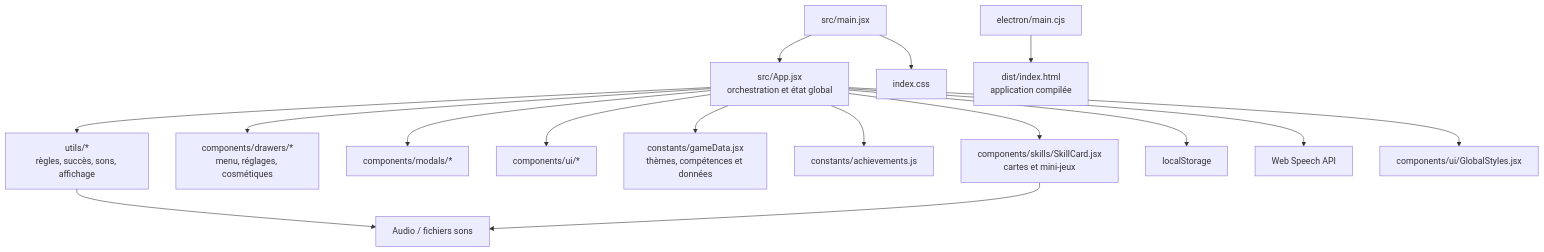
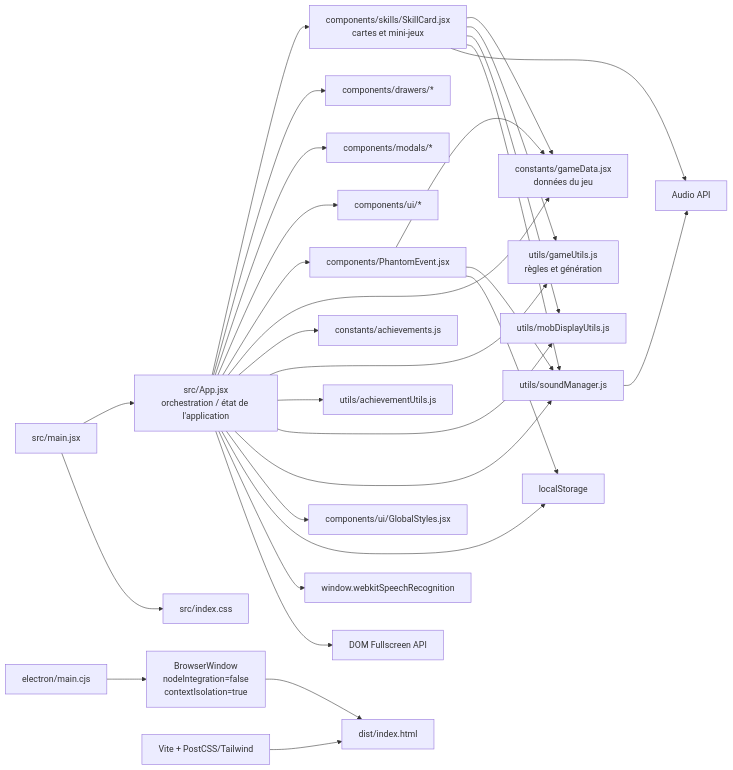
The diagram in docs/DEBT.md (PoulpeHumide/codewash), drawn with Mermaid before and after one commit. The commit also changed other lines of this file, not shown here.

````diff
--- a/docs/DEBT.md
+++ b/docs/DEBT.md
@@ -24,18 +24,32 @@
 ```mermaid
-flowchart TD
-    Entry["src/main.jsx"] --> App["src/App.jsx<br/>orchestration et état global"]
-    App --> Cards["components/skills/SkillCard.jsx<br/>cartes et mini-jeux"]
-    App --> Drawers["components/drawers/*<br/>menu, réglages, cosmétiques"]
+flowchart LR
+    Entry["src/main.jsx"] --> App["src/App.jsx<br/>orchestration / état de l'application"]
+    App --> Skill["components/skills/SkillCard.jsx<br/>cartes et mini-jeux"]
+    App --> Drawers["components/drawers/*"]
     App --> Modals["components/modals/*"]
     App --> UI["components/ui/*"]
-    App --> Data["constants/gameData.jsx<br/>thèmes, compétences et données"]
+    App --> Phantom["components/PhantomEvent.jsx"]
+    App --> Data["constants/gameData.jsx<br/>données du jeu"]
     App --> Ach["constants/achievements.js"]
-    App --> Utils["utils/*<br/>règles, succès, sons, affichage"]
+    App --> GameUtils["utils/gameUtils.js<br/>règles et génération"]
+    App --> AchUtils["utils/achievementUtils.js"]
+    App --> MobUtils["utils/mobDisplayUtils.js"]
+    App --> Sound["utils/soundManager.js"]
+    Skill --> Data
+    Skill --> GameUtils
+    Skill --> MobUtils
+    Skill --> Sound
+    Phantom --> Data
+    Phantom --> Sound
+    Entry --> CSS["src/index.css"]
+    App --> GlobalStyles["components/ui/GlobalStyles.jsx"]
     App --> Storage["localStorage"]
-    App --> Speech["Web Speech API"]
-    Utils --> Audio["Audio / fichiers sons"]
-    Cards --> Audio
-    Entry --> GlobalCSS["index.css"]
-    App --> GlobalStyles["components/ui/GlobalStyles.jsx"]
-    Electron["electron/main.cjs"] --> Dist["dist/index.html<br/>application compilée"]
+    Phantom --> Storage
+    App --> Speech["window.webkitSpeechRecognition"]
+    App --> Fullscreen["DOM Fullscreen API"]
+    Skill --> Audio["Audio API"]
+    Sound --> Audio
+    Electron["electron/main.cjs"] --> Window["BrowserWindow<br/>nodeIntegration=false<br/>contextIsolation=true"]
+    Window --> Dist["dist/index.html"]
+    Vite["Vite + PostCSS/Tailwind"] --> Dist
 ```
````
